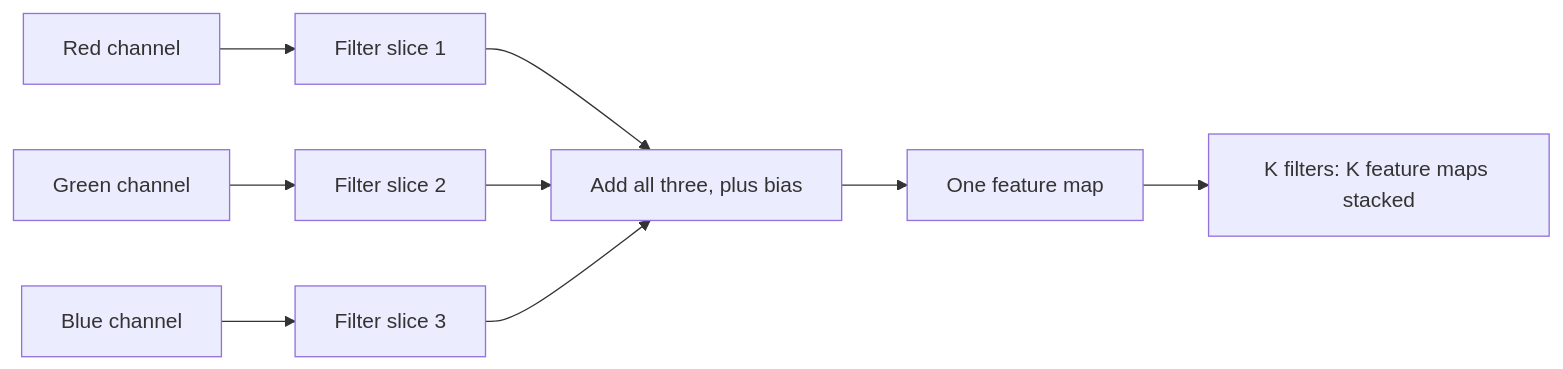
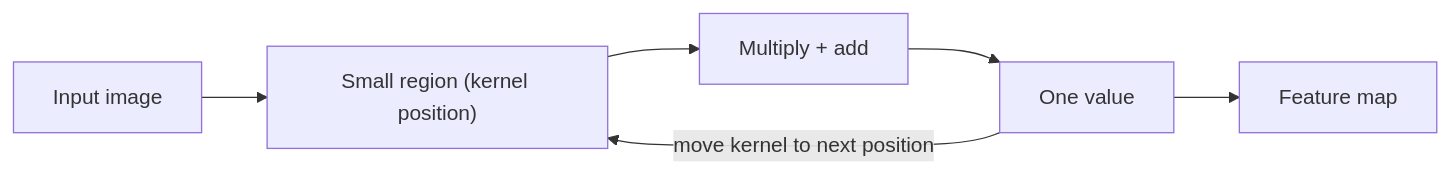
One commit to TrendySloth1001/sem-seven-notes changed the second of 4 diagrams in content/deep-learning/notes/cnn.mdx. Above: the diagram before and after it, drawn with Mermaid. The commit also changed other lines of this file and 23 other files, not shown here.

````diff
--- a/content/deep-learning/notes/cnn.mdx
+++ b/content/deep-learning/notes/cnn.mdx
@@ -281,12 +170,9 @@
 ```mermaid
-%% caption: Multichannel convolution. One filter has a slice for each input channel; the three slice results are added into one feature map. K filters give an output with K channels.
+%% caption: One convolution step. The kernel covers one small region, multiplies and adds, and writes one value into the feature map. Then it moves to the next position and repeats.
 flowchart LR
-  R["Red channel"] --> SR["Filter slice 1"]
-  G["Green channel"] --> SG["Filter slice 2"]
-  B["Blue channel"] --> SB["Filter slice 3"]
-  SR --> ADD["Add all three, plus bias"]
-  SG --> ADD
-  SB --> ADD
-  ADD --> FM["One feature map"]
-  FM --> OUT["K filters: K feature maps stacked"]
+  A["Input image"] --> B["Small region (kernel position)"]
+  B --> C["Multiply + add"]
+  C --> D["One value"]
+  D --> E["Feature map"]
+  D -->|"move kernel to next position"| B
 ```
````
